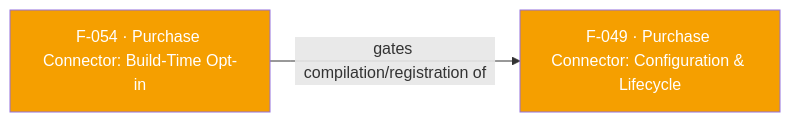
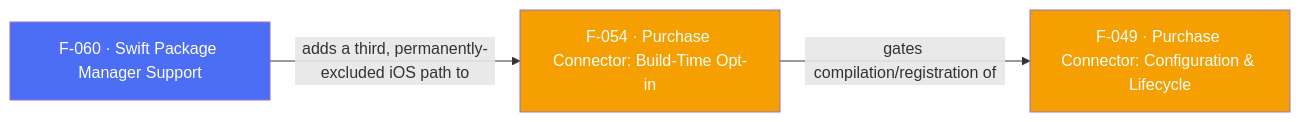
One commit to AppsFlyerSDK/appsflyer-flutter-plugin changed the diagram in docs/features/F-054-purchase-connector-build-time-opt-in.md. Above: the diagram before and after it, drawn with Mermaid. The commit also changed other lines of this file and 68 other files, not shown here.

First line of the commit message:
Add Swift Package Manager (SPM) support for Core (DELIVERY-125462)

````diff
--- a/docs/features/F-054-purchase-connector-build-time-opt-in.md
+++ b/docs/features/F-054-purchase-connector-build-time-opt-in.md
@@ -93,7 +102,10 @@
 ```mermaid
 flowchart LR
     F054["F-054 · Purchase Connector: Build-Time Opt-in"]:::purchaseValidation
     F049["F-049 · Purchase Connector: Configuration & Lifecycle"]:::purchaseValidation
+    F060["F-060 · Swift Package Manager Support"]:::sdkCore
     F054 -->|"gates compilation/registration of"| F049
+    F060 -->|"adds a third, permanently-excluded iOS path to"| F054
     classDef purchaseValidation fill:#F59F00,color:#fff
+    classDef sdkCore fill:#4C6EF5,color:#fff
 ```
````
